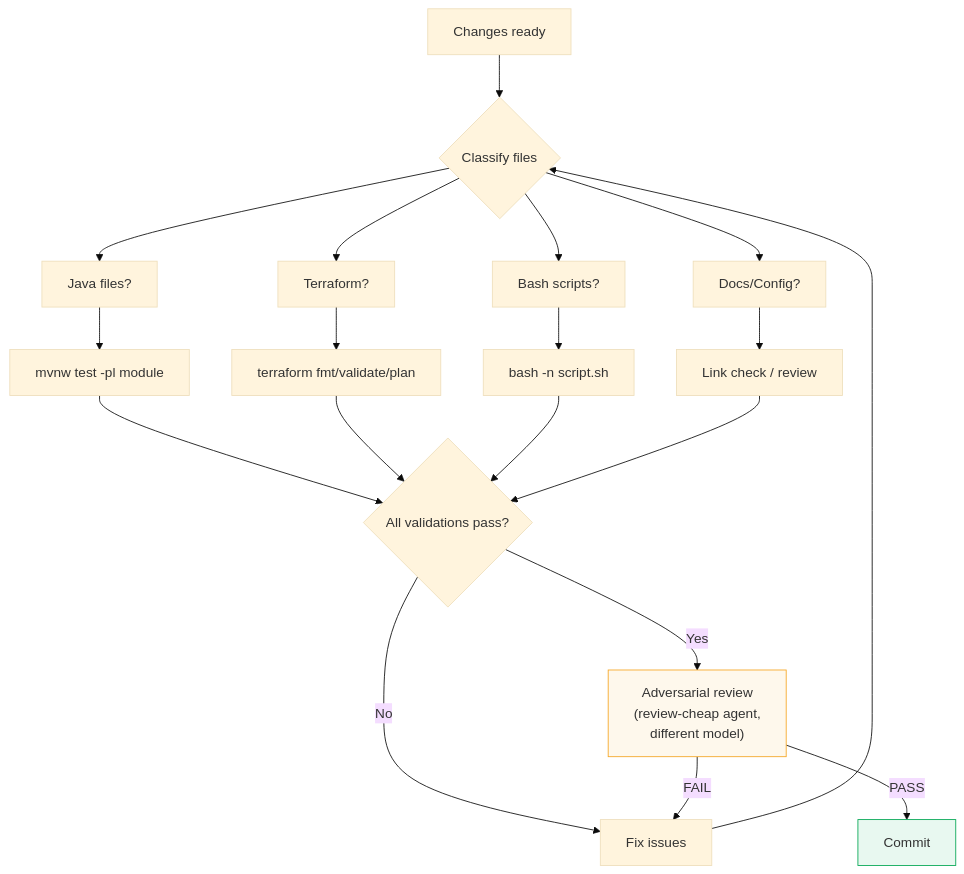
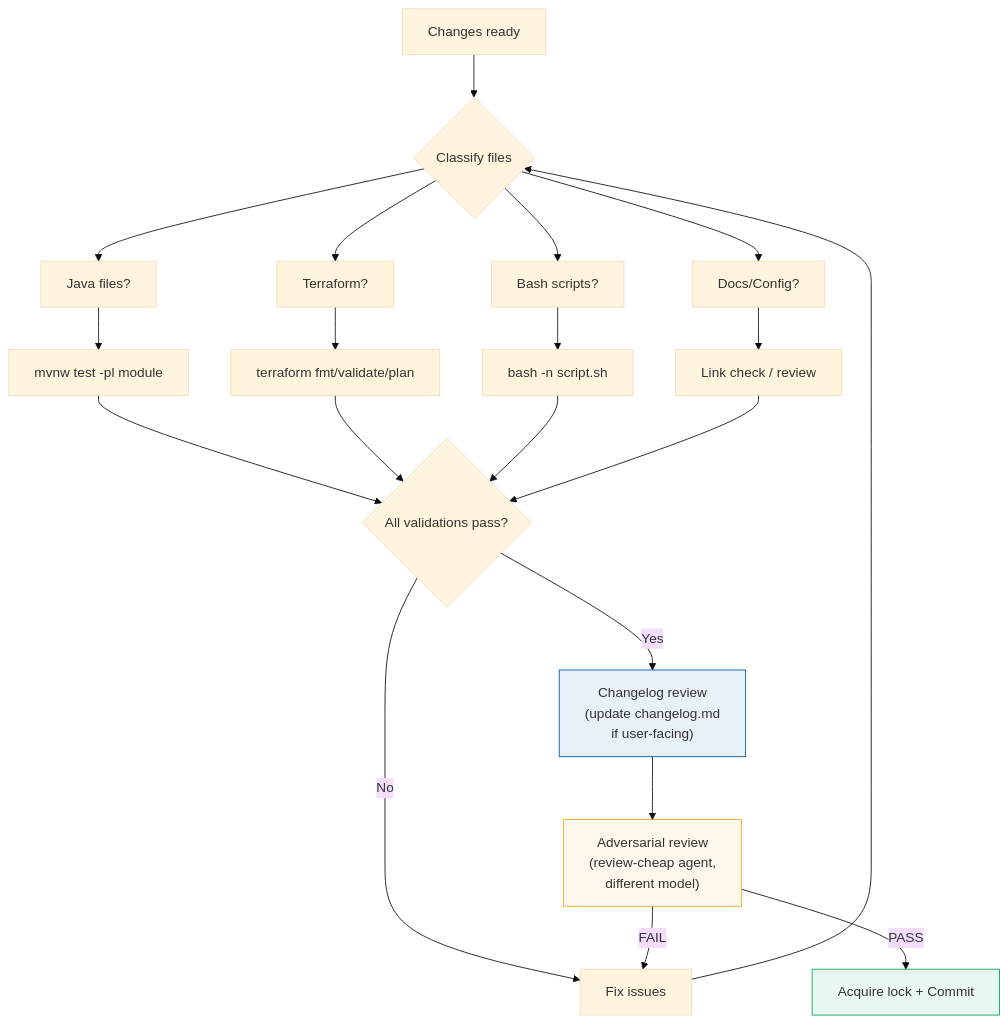
Before and after one commit to sean8601/mockserver-monorepo: the fourth of 7 diagrams in docs/operations/opencode-configuration.md, drawn with Mermaid (base theme). The commit also changed other lines of this file and 3 other files, not shown here.

````diff
--- a/docs/operations/opencode-configuration.md
+++ b/docs/operations/opencode-configuration.md
@@ -329,30 +343,34 @@
 ```mermaid
 flowchart TD
     A[Changes ready] --> B{Classify files}
     B --> C[Java files?]
     B --> D[Terraform?]
     B --> E[Bash scripts?]
     B --> F[Docs/Config?]
 
     C --> G["mvnw test -pl module"]
     D --> H["terraform fmt/validate/plan"]
     E --> I["bash -n script.sh"]
     F --> J["Link check / review"]
 
     G --> K{All validations pass?}
     H --> K
     I --> K
     J --> K
 
     K -->|No| L[Fix issues]
     L --> B
 
-    K -->|Yes| M["Adversarial review
+    K -->|Yes| CL["Changelog review
+(update changelog.md
+if user-facing)"]
+    CL --> M["Adversarial review
 (review-cheap agent,
 different model)"]
-    M -->|PASS| N[Commit]
+    M -->|PASS| N[Acquire lock + Commit]
     M -->|FAIL| L
 
+    style CL fill:#e8f0fa,stroke:#00539f
     style M fill:#fef8ec,stroke:#f5a623
     style N fill:#e8f8f0,stroke:#00a651
 ```
````
